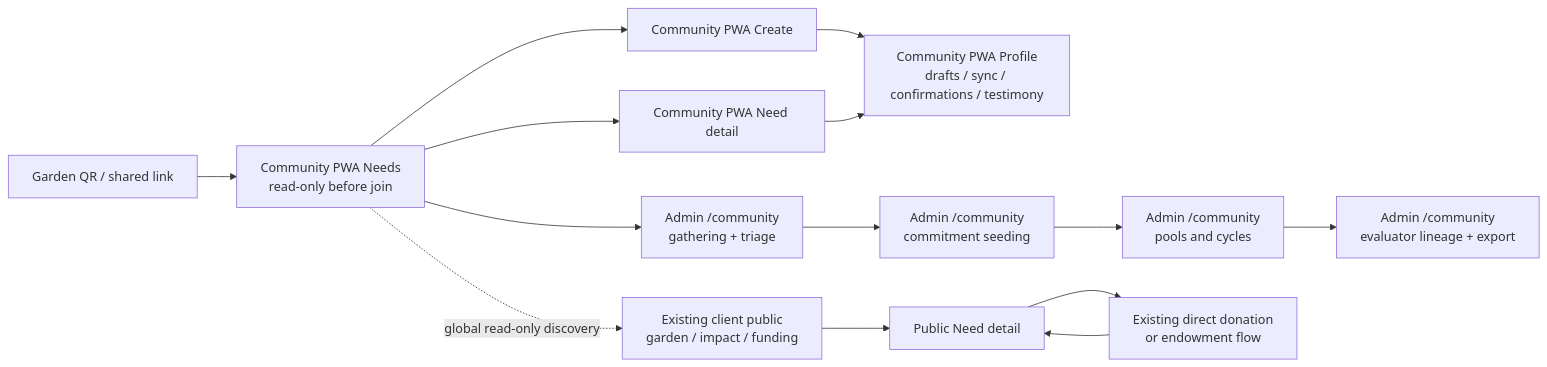
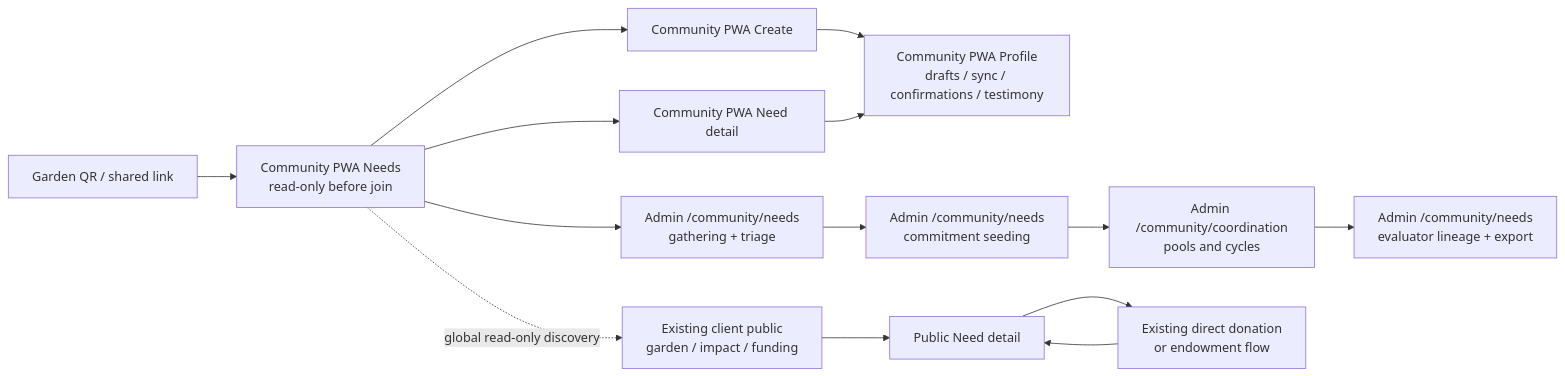
Diagram 14 of 14 in .plans/active/community-interface/diagrams.md (greenpill-dev-guild/green-goods), drawn with Mermaid before and after one commit. The commit also changed other lines of this file and 35 other files, not shown here.

Commit message:
refactor(shared,client): streamline cross-package application flows

````diff
--- a/.plans/active/community-interface/diagrams.md
+++ b/.plans/active/community-interface/diagrams.md
@@ -453,19 +498,19 @@
 ```mermaid
 flowchart LR
   QR["Garden QR / shared link"] --> BOARD["Community PWA Needs<br/>read-only before join"]
   BOARD --> CREATE["Community PWA Create"]
   BOARD --> DETAIL["Community PWA Need detail"]
   CREATE --> PROFILE["Community PWA Profile<br/>drafts / sync / confirmations / testimony"]
   DETAIL --> PROFILE
 
-  BOARD --> GATHER["Admin /community<br/>gathering + triage"]
-  GATHER --> SEED["Admin /community<br/>commitment seeding"]
-  SEED --> POOLS["Admin /community<br/>pools and cycles"]
-  POOLS --> EVAL["Admin /community<br/>evaluator lineage + export"]
+  BOARD --> GATHER["Admin /community/needs<br/>gathering + triage"]
+  GATHER --> SEED["Admin /community/needs<br/>commitment seeding"]
+  SEED --> POOLS["Admin /community/coordination<br/>pools and cycles"]
+  POOLS --> EVAL["Admin /community/needs<br/>evaluator lineage + export"]
 
   PUBLIC["Existing client public<br/>garden / impact / funding"] --> FDETAIL["Public Need detail"]
   FDETAIL --> FUND["Existing direct donation<br/>or endowment flow"]
   FUND --> FDETAIL
 
   BOARD -. "global read-only discovery" .-> PUBLIC
 ```
````
